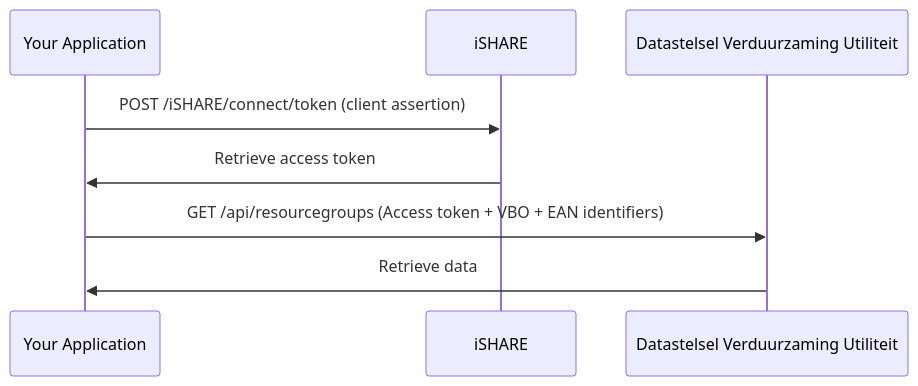
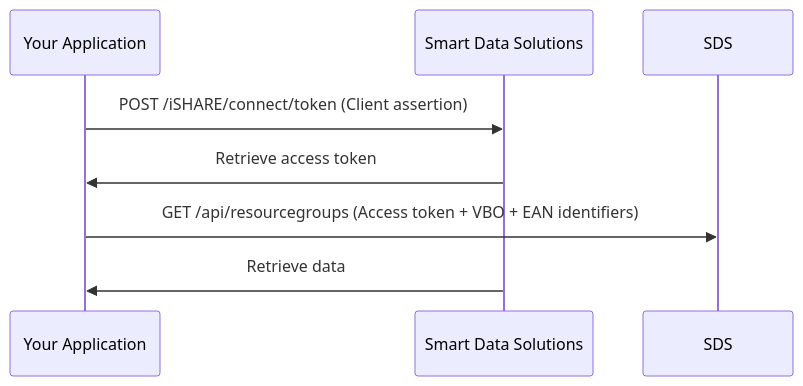
Before and after one commit to POORT8/Poort8.Docs: the diagram in dvu/vbo-ean-data-retrieval.md, drawn with Mermaid. The commit also changed 1 other file, not shown here.

Commit message:
Deploy dvu docs: d0f941652d24f790d725d4336b70039ebc249eed

````diff
--- a/dvu/vbo-ean-data-retrieval.md
+++ b/dvu/vbo-ean-data-retrieval.md
@@ -7,10 +7,9 @@
 ```mermaid
 sequenceDiagram
     participant App as Your Application
-    participant Assertor as iSHARE
-    participant DVU as Datastelsel Verduurzaming Utiliteit
-    App->>Assertor: POST /iSHARE/connect/token (client assertion)
-    Assertor->>App: Retrieve access token
-    App->>DVU: GET /api/resourcegroups (Access token + VBO + EAN identifiers)
+    participant DVU as Smart Data Solutions
+    App->>DVU: POST /iSHARE/connect/token (Client assertion)
+    DVU->>App: Retrieve access token
+    App->>SDS: GET /api/resourcegroups (Access token + VBO + EAN identifiers)
     DVU->>App: Retrieve data
 ```
````
